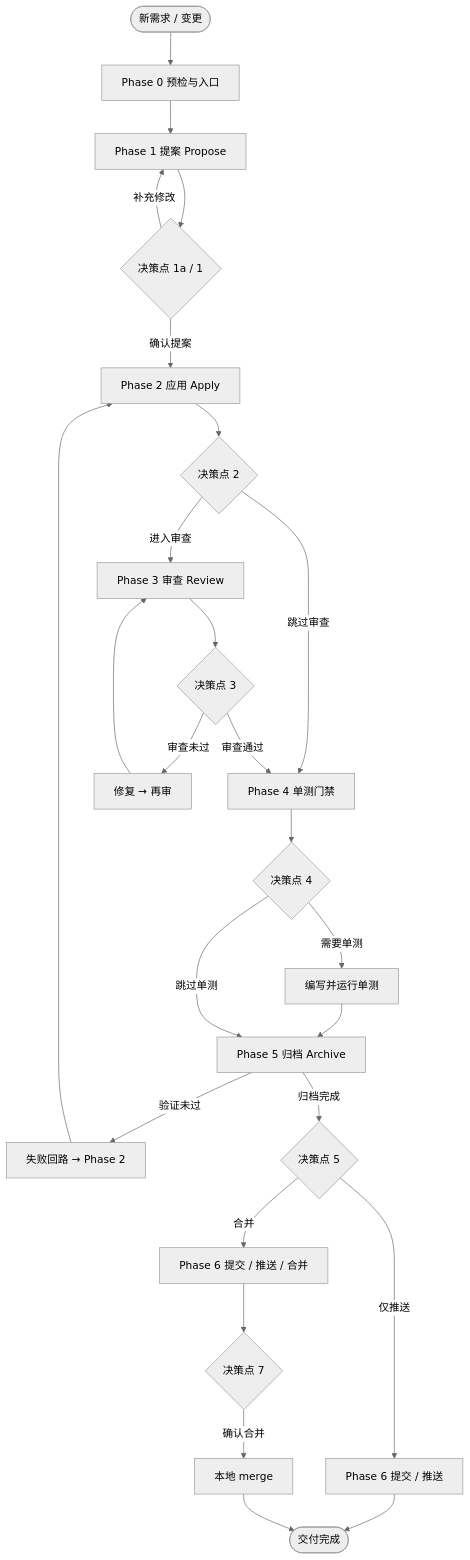
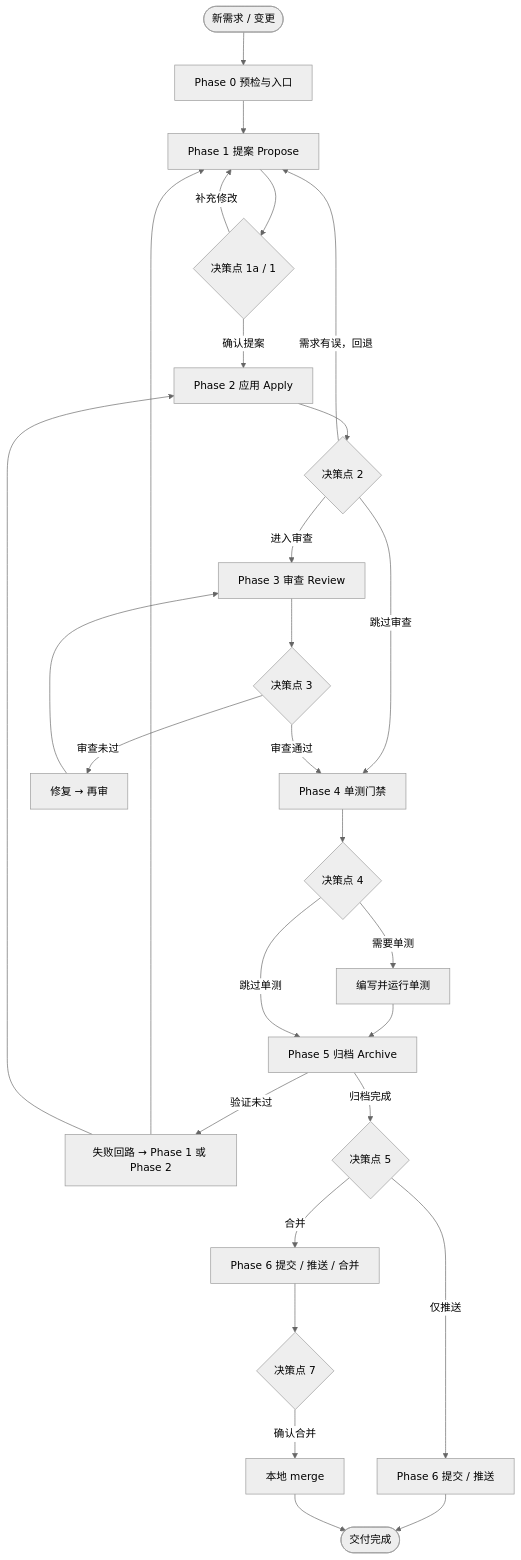
One commit to ZhaoYis/My-Skills changed the diagram in dev-pipeline/README.md. Above: the diagram before and after it, drawn with Mermaid (neutral theme). The commit also changed 9 other files, not shown here.

````diff
--- a/dev-pipeline/README.md
+++ b/dev-pipeline/README.md
@@ -74,36 +74,38 @@
 ```mermaid
 flowchart TD
   START(["新需求 / 变更"]) --> P0["Phase 0 预检与入口"]
 
   P0 --> P1["Phase 1 提案 Propose"]
 
   P1 --> DP1{"决策点 1a / 1"}
   DP1 -->|确认提案| P2["Phase 2 应用 Apply"]
   DP1 -->|补充修改| P1
 
   P2 --> DP2{"决策点 2"}
   DP2 -->|进入审查| P3["Phase 3 审查 Review"]
   DP2 -->|跳过审查| P4["Phase 4 单测门禁"]
+  DP2 -->|需求有误，回退| P1
 
   P3 --> DP3{"决策点 3"}
   DP3 -->|审查通过| P4
   DP3 -->|审查未过| FIX["修复 → 再审"]
   FIX --> P3
 
   P4 --> DP4{"决策点 4"}
   DP4 -->|需要单测| UT["编写并运行单测"]
   UT --> P5["Phase 5 归档 Archive"]
   DP4 -->|跳过单测| P5
 
-  P5 -->|验证未过| VFIX["失败回路 → Phase 2"]
+  P5 -->|验证未过| VFIX["失败回路 → Phase 1 或 Phase 2"]
+  VFIX --> P1
   VFIX --> P2
   P5 -->|归档完成| DP5{"决策点 5"}
   DP5 -->|仅推送| P6["Phase 6 提交 / 推送"]
   DP5 -->|合并| P6MERGE["Phase 6 提交 / 推送 / 合并"]
 
   P6 --> DONE(["交付完成"])
 
   P6MERGE --> DP7{"决策点 7"}
   DP7 -->|确认合并| MERGE["本地 merge"]
   MERGE --> DONE
 ```
````
